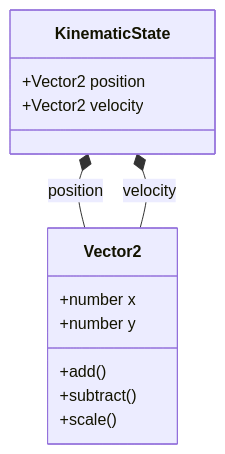
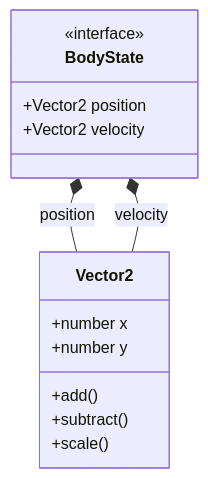
One commit to fa-ribeiro/vLab2D changed the eighth of 21 diagrams in docs/architecture/README.md. Above: the diagram before and after it, drawn with Mermaid. The commit also changed other lines of this file and 27 other files, not shown here.

````diff
--- a/docs/architecture/README.md
+++ b/docs/architecture/README.md
@@ -359,18 +371,19 @@
 ```mermaid
 classDiagram
     class Vector2 {
         +number x
         +number y
         +add()
         +subtract()
         +scale()
     }
 
-    class KinematicState {
+    class BodyState {
+        <<interface>>
         +Vector2 position
         +Vector2 velocity
     }
 
-    KinematicState *-- Vector2 : position
-    KinematicState *-- Vector2 : velocity
+    BodyState *-- Vector2 : position
+    BodyState *-- Vector2 : velocity
 ```
````
